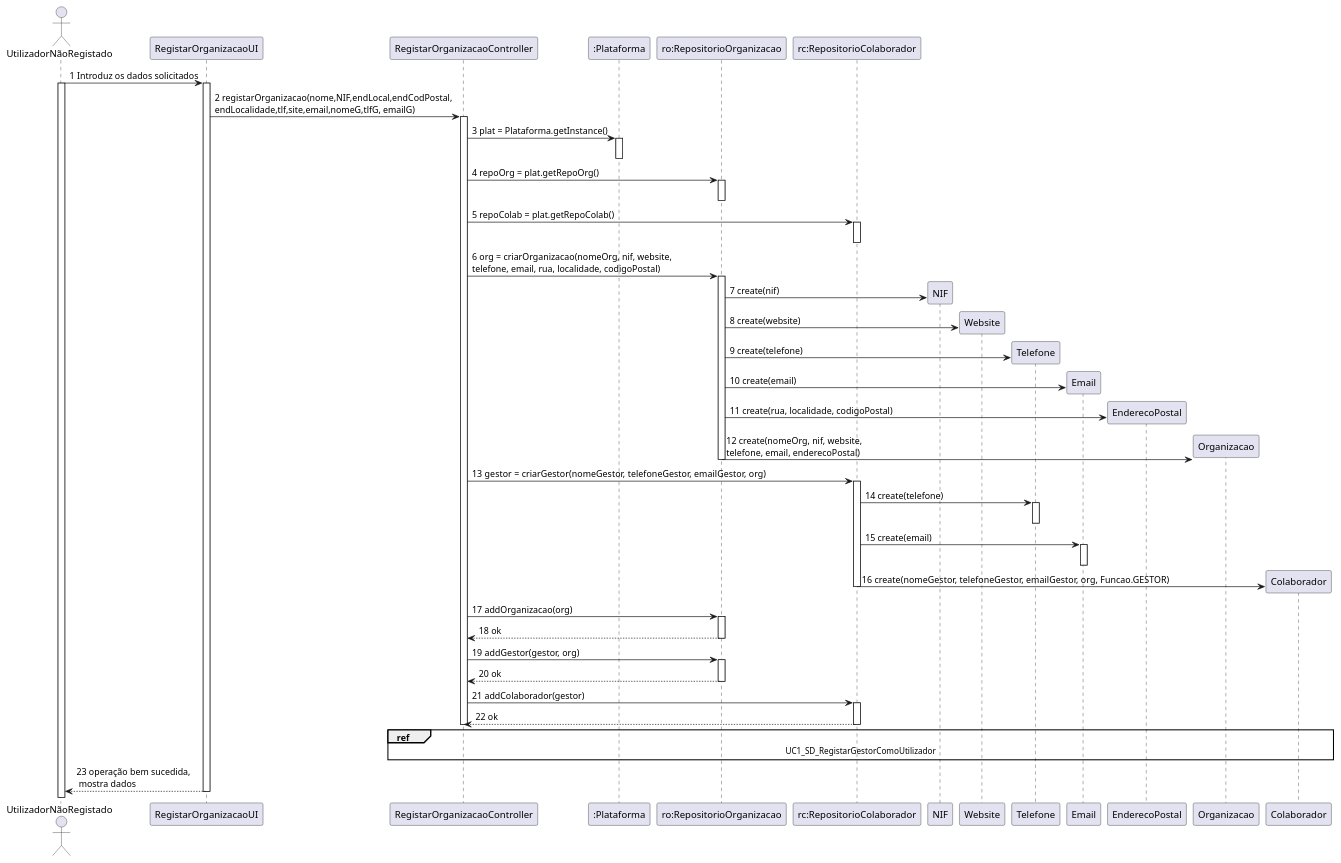
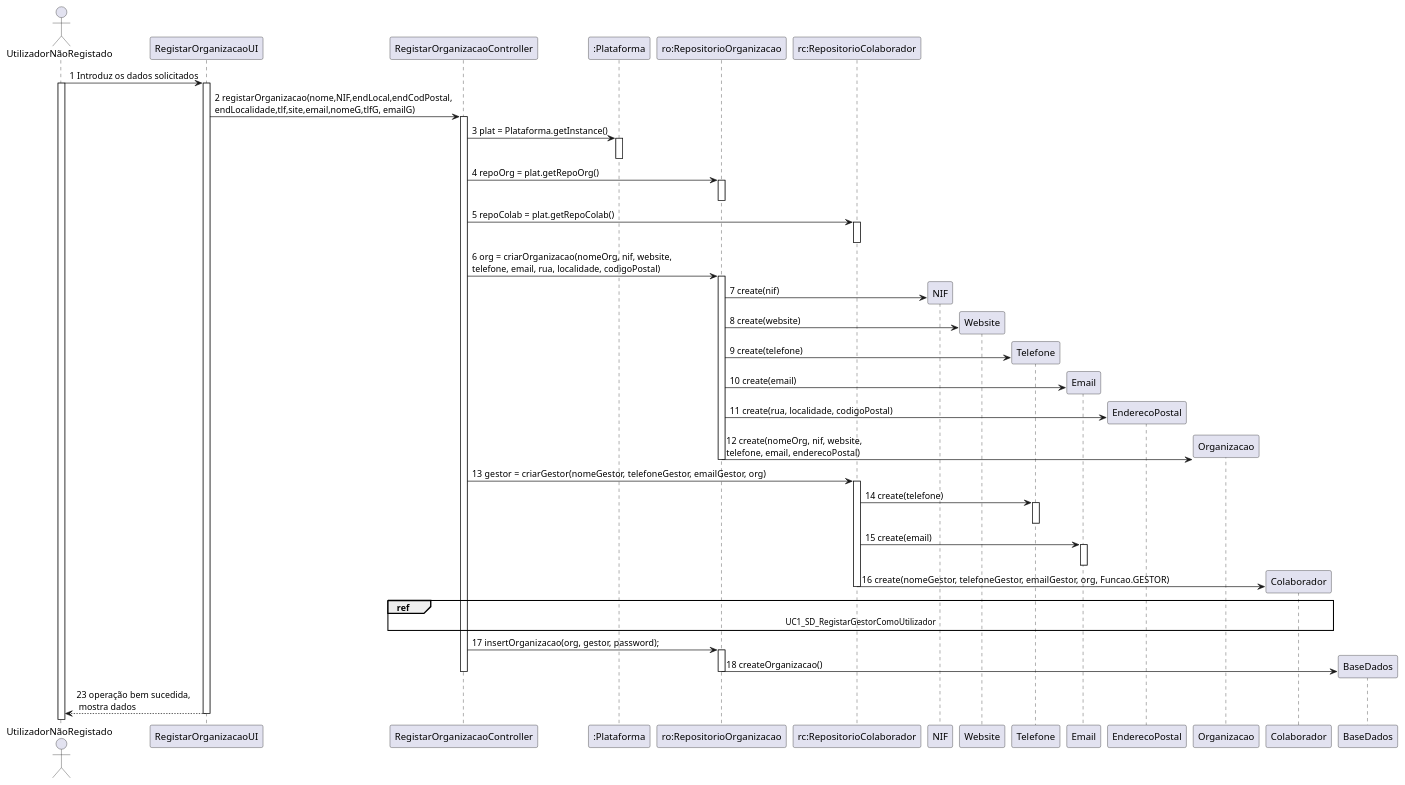
The diagram in Análise/UC1_Registar_Organização/UC1_SequenceDiagram.plantuml (pedro-miguez/upskill_java1_labprg_grupo3), drawn with PlantUML before and after one commit. The commit also changed 7 other files, not shown here.

```diff
--- a/Análise/UC1_Registar_Organização/UC1_SequenceDiagram.plantuml
+++ b/Análise/UC1_Registar_Organização/UC1_SequenceDiagram.plantuml
@@ -1,52 +1,44 @@
 @startuml 
 actor UtilizadorNãoRegistado as UtilizadorNãoRegistado
 UtilizadorNãoRegistado -> "RegistarOrganizacaoUI" : 1 Introduz os dados solicitados
 activate UtilizadorNãoRegistado
 activate "RegistarOrganizacaoUI"
 "RegistarOrganizacaoUI" -> "RegistarOrganizacaoController" : 2 registarOrganizacao(nome,NIF,endLocal,endCodPostal,\nendLocalidade,tlf,site,email,nomeG,tlfG, emailG)
 activate "RegistarOrganizacaoController"
 "RegistarOrganizacaoController" -> ":Plataforma" : 3 plat = Plataforma.getInstance()
 activate ":Plataforma"
 deactivate ":Plataforma"
 "RegistarOrganizacaoController" -> "ro:RepositorioOrganizacao" : 4 repoOrg = plat.getRepoOrg()
 activate "ro:RepositorioOrganizacao"
 deactivate "ro:RepositorioOrganizacao"
 "RegistarOrganizacaoController" -> "rc:RepositorioColaborador" : 5 repoColab = plat.getRepoColab()
 activate "rc:RepositorioColaborador"
 deactivate "rc:RepositorioColaborador"
 "RegistarOrganizacaoController" -> "ro:RepositorioOrganizacao" : 6 org = criarOrganizacao(nomeOrg, nif, website, \ntelefone, email, rua, localidade, codigoPostal)
 activate "ro:RepositorioOrganizacao"
 "ro:RepositorioOrganizacao" -> NIF ** : 7 create(nif)
 "ro:RepositorioOrganizacao" -> Website ** : 8 create(website)
 "ro:RepositorioOrganizacao" -> Telefone ** : 9 create(telefone)
 "ro:RepositorioOrganizacao" -> Email ** : 10 create(email)
 "ro:RepositorioOrganizacao" -> EnderecoPostal ** : 11 create(rua, localidade, codigoPostal)
 "ro:RepositorioOrganizacao" -> Organizacao ** : 12 create(nomeOrg, nif, website, \ntelefone, email, enderecoPostal)
 deactivate "ro:RepositorioOrganizacao"
 "RegistarOrganizacaoController" -> "rc:RepositorioColaborador" : 13 gestor = criarGestor(nomeGestor, telefoneGestor, emailGestor, org)
 activate "rc:RepositorioColaborador"
 "rc:RepositorioColaborador" -> Telefone : 14 create(telefone)
 activate Telefone
 deactivate Telefone
 "rc:RepositorioColaborador" -> Email : 15 create(email)
 activate Email
 deactivate Email
 "rc:RepositorioColaborador" -> Colaborador ** : 16 create(nomeGestor, telefoneGestor, emailGestor, org, Funcao.GESTOR)
 deactivate "rc:RepositorioColaborador"
-"RegistarOrganizacaoController" -> "ro:RepositorioOrganizacao" : 17 addOrganizacao(org)
+ref over RegistarOrganizacaoController, Colaborador : UC1_SD_RegistarGestorComoUtilizador
+"RegistarOrganizacaoController" -> "ro:RepositorioOrganizacao" : 17 insertOrganizacao(org, gestor, password);
 activate "ro:RepositorioOrganizacao"
-"RegistarOrganizacaoController" <-- "ro:RepositorioOrganizacao" : 18 ok
+"ro:RepositorioOrganizacao" -> "BaseDados" ** : 18 createOrganizacao()
 deactivate "ro:RepositorioOrganizacao"
-"RegistarOrganizacaoController" -> "ro:RepositorioOrganizacao" : 19 addGestor(gestor, org)
-activate "ro:RepositorioOrganizacao"
-"RegistarOrganizacaoController" <-- "ro:RepositorioOrganizacao" : 20 ok
-deactivate "ro:RepositorioOrganizacao"
-"RegistarOrganizacaoController" -> "rc:RepositorioColaborador" : 21 addColaborador(gestor)
-activate "rc:RepositorioColaborador"
-"RegistarOrganizacaoController" <-- "rc:RepositorioColaborador" : 22 ok
-deactivate "rc:RepositorioColaborador"
-ref over RegistarOrganizacaoController, Colaborador : UC1_SD_RegistarGestorComoUtilizador
 deactivate "RegistarOrganizacaoController"
 "RegistarOrganizacaoUI" --> UtilizadorNãoRegistado : 23 operação bem sucedida, \n mostra dados
 deactivate "RegistarOrganizacaoUI"
 @enduml
```
